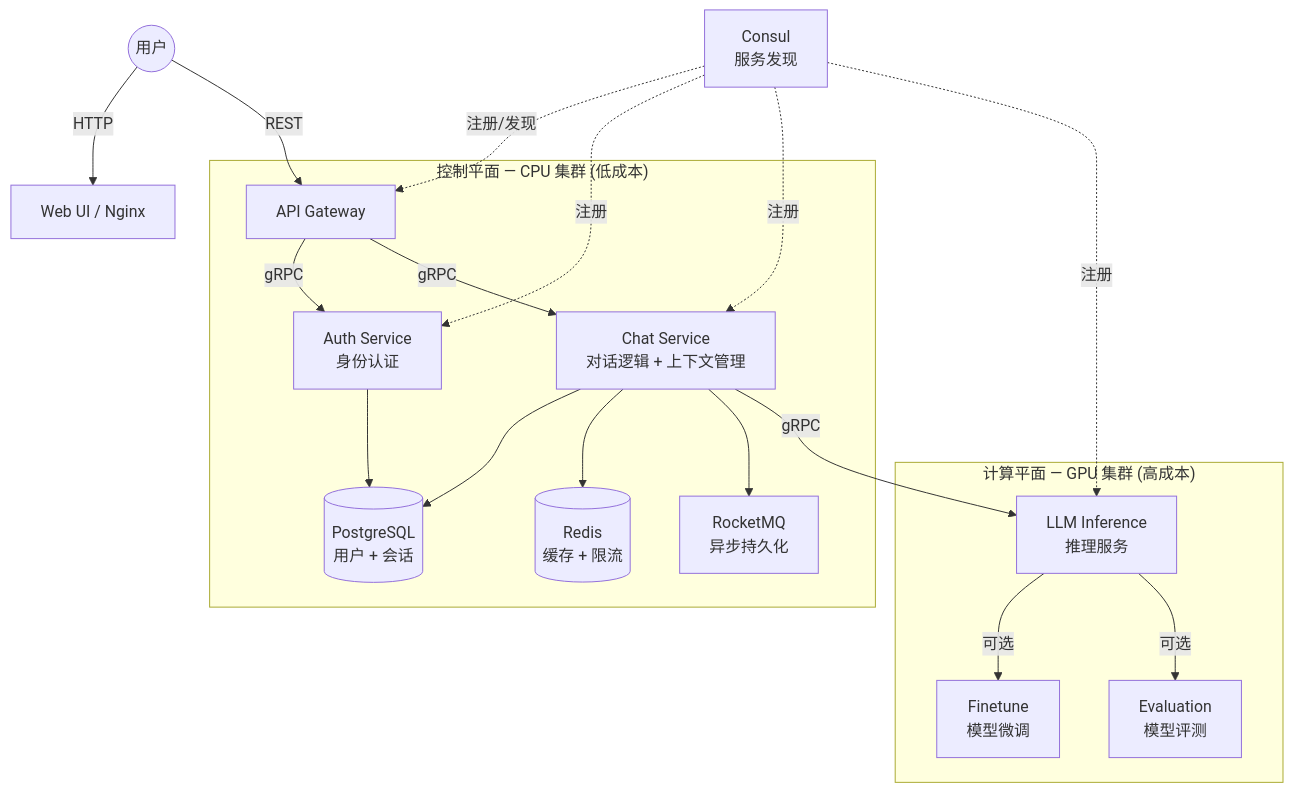
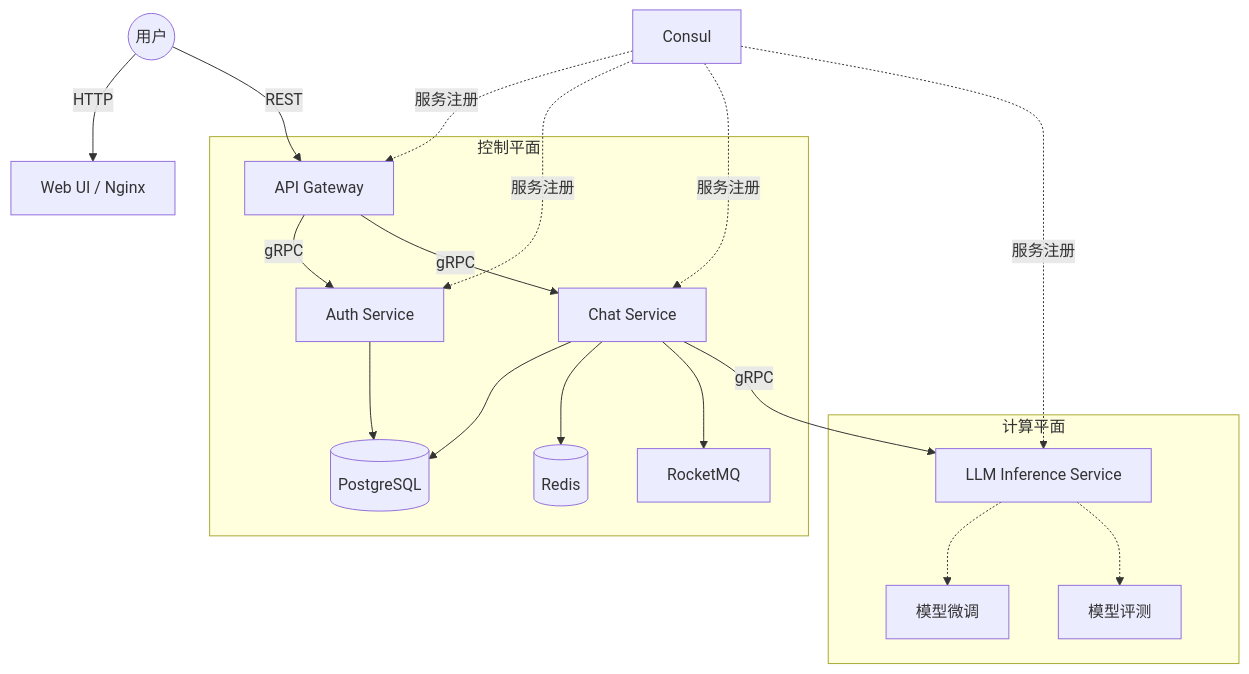
Before and after one commit to Einspanner123/free-chat: the first of 2 diagrams in README_CN.md, drawn with Mermaid. The commit also changed other lines of this file and 1 other file, not shown here.

````diff
--- a/README_CN.md
+++ b/README_CN.md
@@ -22,25 +9,25 @@
 ```mermaid
 graph TD
     User((用户)) -->|HTTP| WebUI[Web UI / Nginx]
     User -->|REST| Gateway[API Gateway]
     
-    subgraph "控制平面 — CPU 集群 (低成本)"
-        Gateway -->|gRPC| Auth[Auth Service<br/>身份认证]
-        Gateway -->|gRPC| Chat[Chat Service<br/>对话逻辑 + 上下文管理]
-        Auth --> DB[(PostgreSQL<br/>用户 + 会话)]
+    subgraph "控制平面"
+        Gateway -->|gRPC| Auth[Auth Service]
+        Gateway -->|gRPC| Chat[Chat Service]
+        Auth --> DB[(PostgreSQL)]
         Chat --> DB
-        Chat --> Redis[(Redis<br/>缓存 + 限流)]
-        Chat --> MQ[RocketMQ<br/>异步持久化]
+        Chat --> Redis[(Redis)]
+        Chat --> MQ[RocketMQ]
     end
     
-    subgraph "计算平面 — GPU 集群 (高成本)"
-        Chat -->|gRPC| LLM[LLM Inference<br/>推理服务]
-        LLM -->|可选| Finetune[Finetune<br/>模型微调]
-        LLM -->|可选| Eval[Evaluation<br/>模型评测]
+    subgraph "计算平面"
+        Chat -->|gRPC| LLM[LLM Inference Service]
+        LLM -.-> Finetune[模型微调]
+        LLM -.-> Evaluation[模型评测]
     end
     
-    Consul[Consul<br/>服务发现] -.->|注册/发现| Gateway
-    Consul -.->|注册| Auth
-    Consul -.->|注册| Chat
-    Consul -.->|注册| LLM
+    Consul[Consul] -.->|服务注册| Gateway
+    Consul -.->|服务注册| Auth
+    Consul -.->|服务注册| Chat
+    Consul -.->|服务注册| LLM
 ```
````
